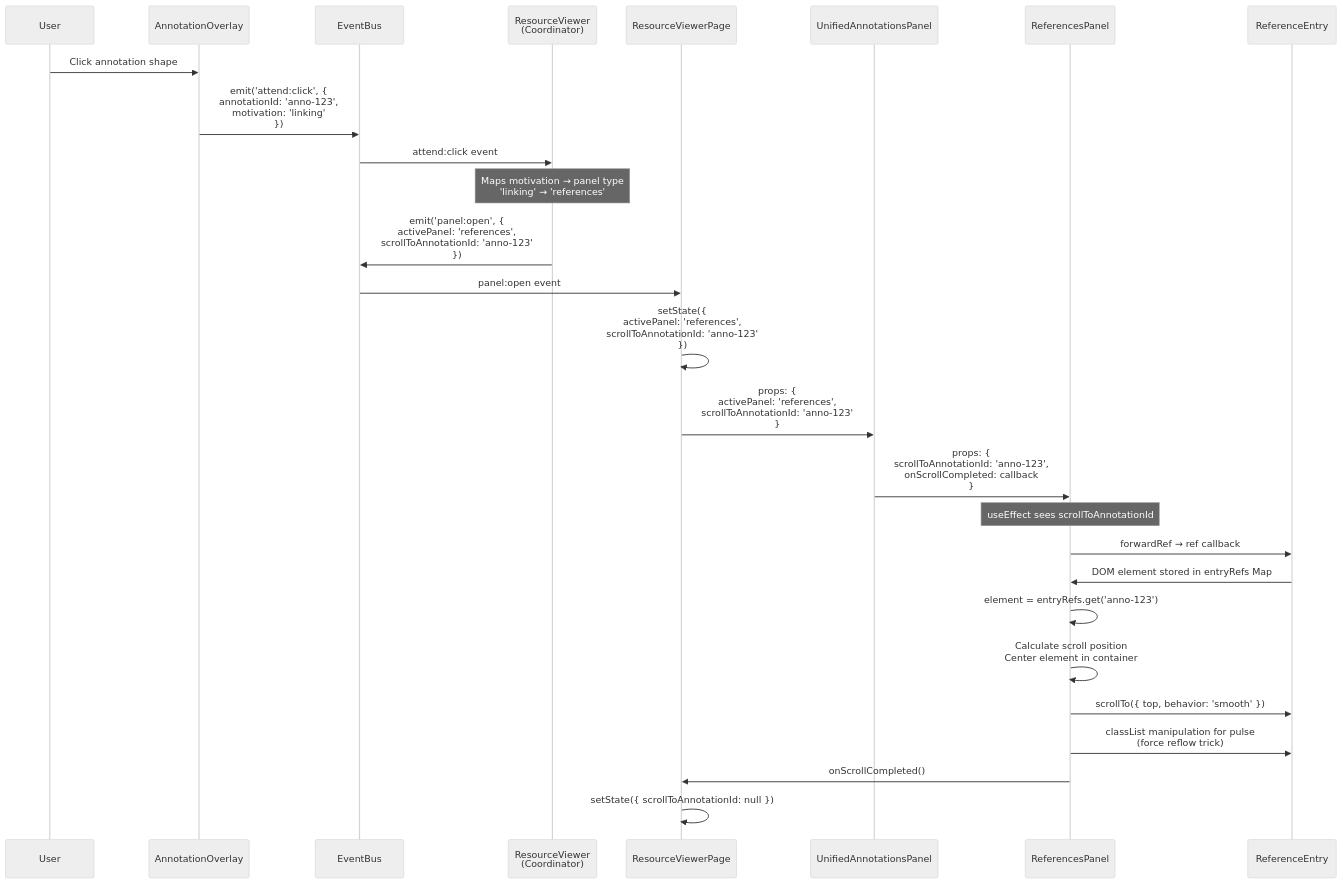
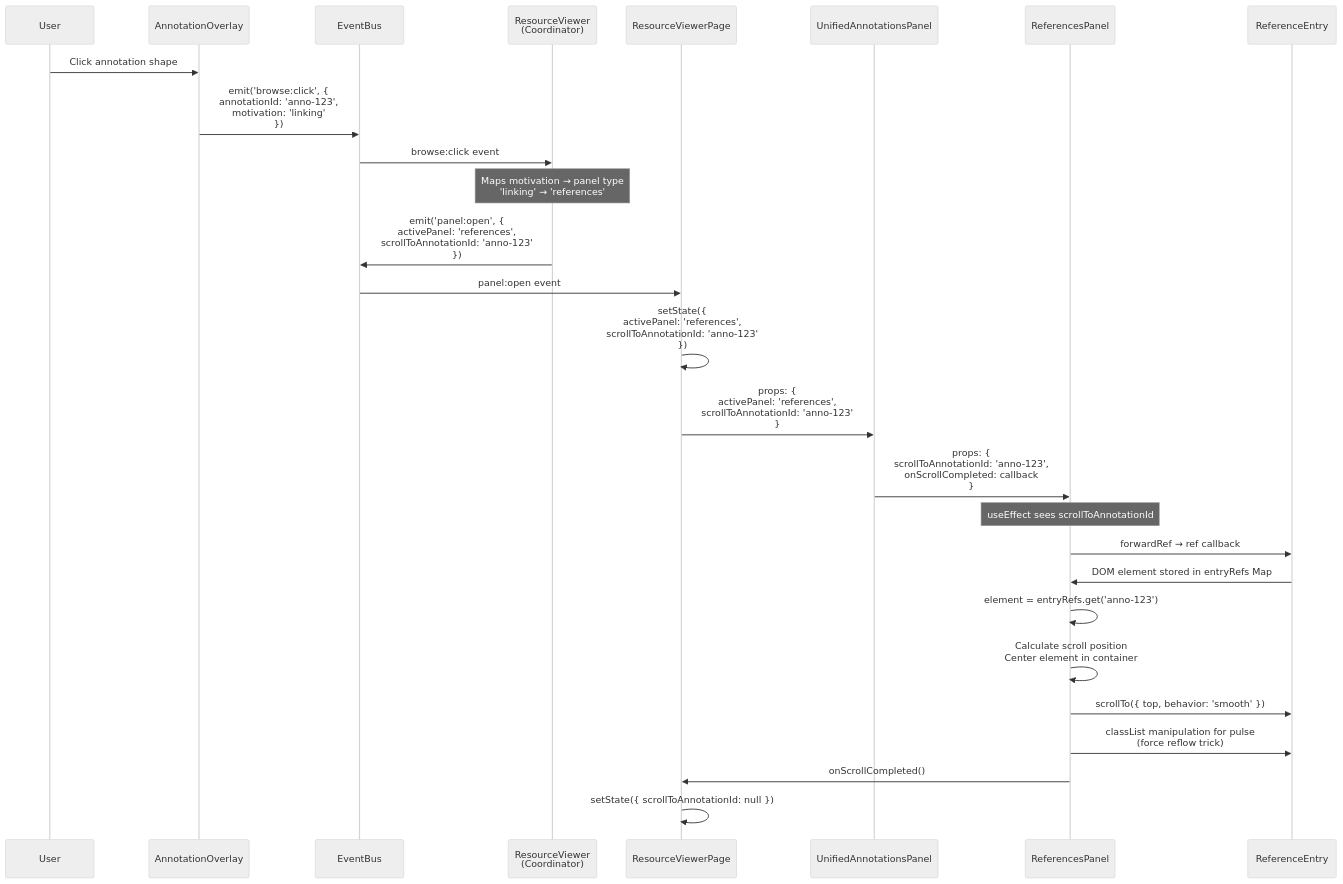
The first of 3 diagrams in packages/react-ui/docs/ANNOTATION-CLICK.md (The-AI-Alliance/semiont), drawn with Mermaid (neutral theme) before and after one commit. The commit also changed other lines of this file and 154 other files, not shown here.

First line of the commit message:
flow names (#453)

````diff
--- a/packages/react-ui/docs/ANNOTATION-CLICK.md
+++ b/packages/react-ui/docs/ANNOTATION-CLICK.md
@@ -144,38 +144,38 @@
 ```mermaid
 sequenceDiagram
     participant User
     participant Overlay as AnnotationOverlay
     participant Bus as EventBus
     participant Coord as ResourceViewer<br/>(Coordinator)
     participant Page as ResourceViewerPage
     participant Panel as UnifiedAnnotationsPanel
     participant Specific as ReferencesPanel
     participant Entry as ReferenceEntry
 
     User->>Overlay: Click annotation shape
-    Overlay->>Bus: emit('attend:click', {<br/>  annotationId: 'anno-123',<br/>  motivation: 'linking'<br/>})
-    Bus->>Coord: attend:click event
+    Overlay->>Bus: emit('browse:click', {<br/>  annotationId: 'anno-123',<br/>  motivation: 'linking'<br/>})
+    Bus->>Coord: browse:click event
 
     Note over Coord: Maps motivation → panel type<br/>'linking' → 'references'
 
     Coord->>Bus: emit('panel:open', {<br/>  activePanel: 'references',<br/>  scrollToAnnotationId: 'anno-123'<br/>})
     Bus->>Page: panel:open event
 
     Page->>Page: setState({<br/>  activePanel: 'references',<br/>  scrollToAnnotationId: 'anno-123'<br/>})
 
     Page->>Panel: props: {<br/>  activePanel: 'references',<br/>  scrollToAnnotationId: 'anno-123'<br/>}
     Panel->>Specific: props: {<br/>  scrollToAnnotationId: 'anno-123',<br/>  onScrollCompleted: callback<br/>}
 
     Note over Specific: useEffect sees scrollToAnnotationId
 
     Specific->>Entry: forwardRef → ref callback
     Entry->>Specific: DOM element stored in entryRefs Map
 
     Specific->>Specific: element = entryRefs.get('anno-123')
     Specific->>Specific: Calculate scroll position<br/>Center element in container
     Specific->>Entry: scrollTo({ top, behavior: 'smooth' })
     Specific->>Entry: classList manipulation for pulse<br/>(force reflow trick)
     Specific->>Page: onScrollCompleted()
 
     Page->>Page: setState({ scrollToAnnotationId: null })
 ```
````
